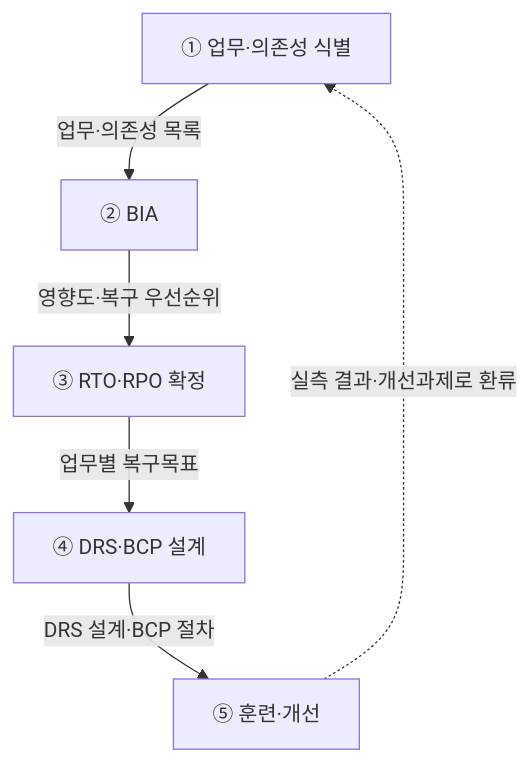
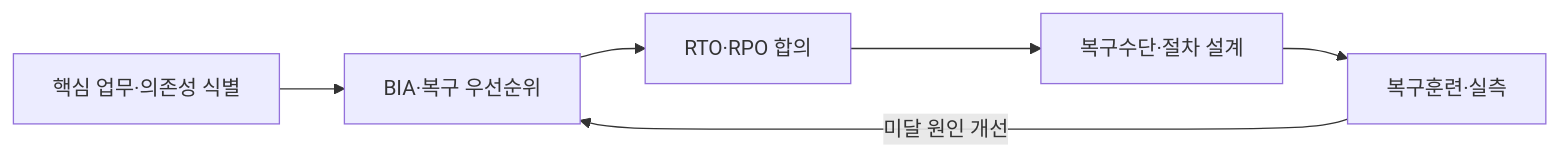
One commit to agnusdei1207/study changed the diagram in src/content/docs/notes/itpe/01-it-strategy/018_rpo.md. Above: the diagram before and after it, drawn with Mermaid. The commit also changed other lines of this file and 16 other files, not shown here.

````diff
--- a/src/content/docs/notes/itpe/01-it-strategy/018_rpo.md
+++ b/src/content/docs/notes/itpe/01-it-strategy/018_rpo.md
@@ -53,8 +47,8 @@
 ```mermaid
-flowchart TD
-    A["① 업무·의존성 식별"] -->|"업무·의존성 목록"| B["② BIA"]
-    B -->|"영향도·복구 우선순위"| C["③ RTO·RPO 확정"]
-    C -->|"업무별 복구목표"| D["④ DRS·BCP 설계"]
-    D -->|"DRS 설계·BCP 절차"| E["⑤ 훈련·개선"]
-    E -.->|"실측 결과·개선과제로 환류"| A
+flowchart LR
+    A[핵심 업무·의존성 식별] --> B[BIA·복구 우선순위]
+    B --> C[RTO·RPO 합의]
+    C --> D[복구수단·절차 설계]
+    D --> E[복구훈련·실측]
+    E -->|미달 원인 개선| B
 ```
````
